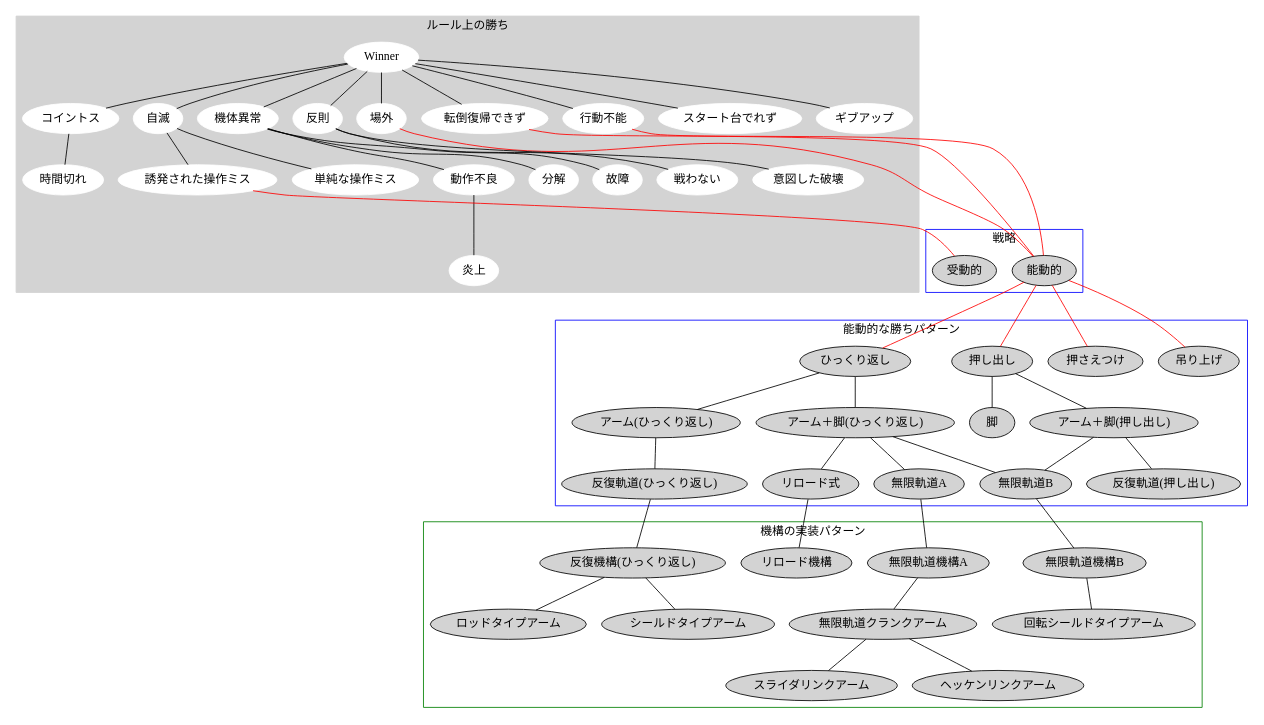
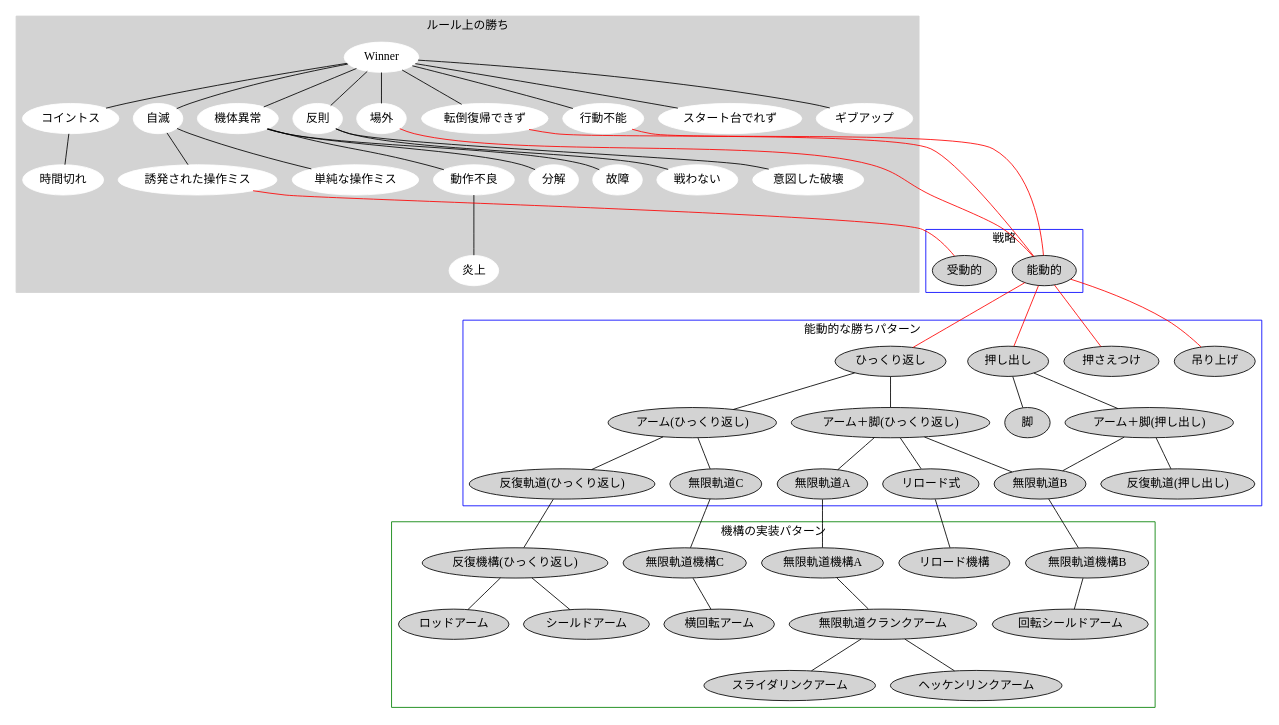
The diagram in kasawaki-win-category.dot (takarakasai/kawasaki-analyze), drawn with Graphviz before and after one commit. The commit also changed 1 other file, not shown here.

```diff
--- a/kasawaki-win-category.dot
+++ b/kasawaki-win-category.dot
@@ -1,79 +1,82 @@
 graph "Kawasaki-Robot-Win-Pattern" {
   subgraph "cluster_0" {
     style="filled";
     color="lightgrey";
     label="ルール上の勝ち";
     node[style="filled",color="white"];
     Winner -- 自滅;
     Winner -- 場外;
     Winner -- 転倒復帰できず;
     Winner -- コイントス;
     Winner -- 行動不能;
     Winner -- 機体異常;
     Winner -- 反則;
     Winner -- スタート台でれず;
     Winner -- ギブアップ;
     反則 -- 意図した破壊;
     反則 -- 戦わない;
     機体異常 -- 動作不良;
     機体異常 -- 故障;
     機体異常 -- 分解;
     動作不良 -- 炎上;
     コイントス -- 時間切れ;
     自滅     -- 単純な操作ミス;
     自滅     -- 誘発された操作ミス;
   }
 
   subgraph "cluster_1" {
     color="blue";
     label="戦略";
     node[style="filled"];
 
     誘発された操作ミス -- 受動的[color=red,label="     "];
     転倒復帰できず     -- 能動的[color=red,label="     "];
     場外               -- 能動的[color=red,label="     "];
     行動不能           -- 能動的[color=red,label="     "];
   }
 
   subgraph "cluster_2" {
     color="blue";
     label="能動的な勝ちパターン";
     node[style="filled"];
  
     能動的 -- ひっくり返し[color=red,label="     "];
     能動的 -- 押し出し[color=red,label="     "];
     能動的 -- 押さえつけ[color=red,label="     "];
     能動的 -- 吊り上げ[color=red,label="     "];
 
     押し出し     -- 脚
     押し出し     -- "アーム＋脚(押し出し)"
     ひっくり返し -- "アーム＋脚(ひっくり返し)"
     ひっくり返し -- "アーム(ひっくり返し)"
 
     "アーム＋脚(ひっくり返し)" -- リロード式;
     "アーム(ひっくり返し)"     -- "反復軌道(ひっくり返し)";
+    "アーム(ひっくり返し)"     -- 無限軌道C;
     "アーム＋脚(ひっくり返し)" -- 無限軌道A;
     "アーム＋脚(ひっくり返し)" -- 無限軌道B;
     "アーム＋脚(押し出し)"     -- 無限軌道B;
     "アーム＋脚(押し出し)"     -- "反復軌道(押し出し)";
   }
 
   subgraph "cluster_3" {
     color="green";
     label="機構の実装パターン";
     node[style="filled"];
 
     リロード式                  -- リロード機構;
     "反復軌道(ひっくり返し)"    -- "反復機構(ひっくり返し)";
     無限軌道A                   -- 無限軌道機構A;
     無限軌道B                   -- 無限軌道機構B;
+    無限軌道C                   -- 無限軌道機構C;
 
-    "反復機構(ひっくり返し)"    -- ロッドタイプアーム;
-    "反復機構(ひっくり返し)"    -- シールドタイプアーム;
+    "反復機構(ひっくり返し)"    -- ロッドアーム;
+    "反復機構(ひっくり返し)"    -- シールドアーム;
     無限軌道機構A               -- 無限軌道クランクアーム;
-    無限軌道機構B               -- 回転シールドタイプアーム;
+    無限軌道機構B               -- 回転シールドアーム;
+    無限軌道機構C               -- 横回転アーム;
 
     無限軌道クランクアーム    -- スライダリンクアーム;
     無限軌道クランクアーム    -- ヘッケンリンクアーム;
   } 
 }
```
